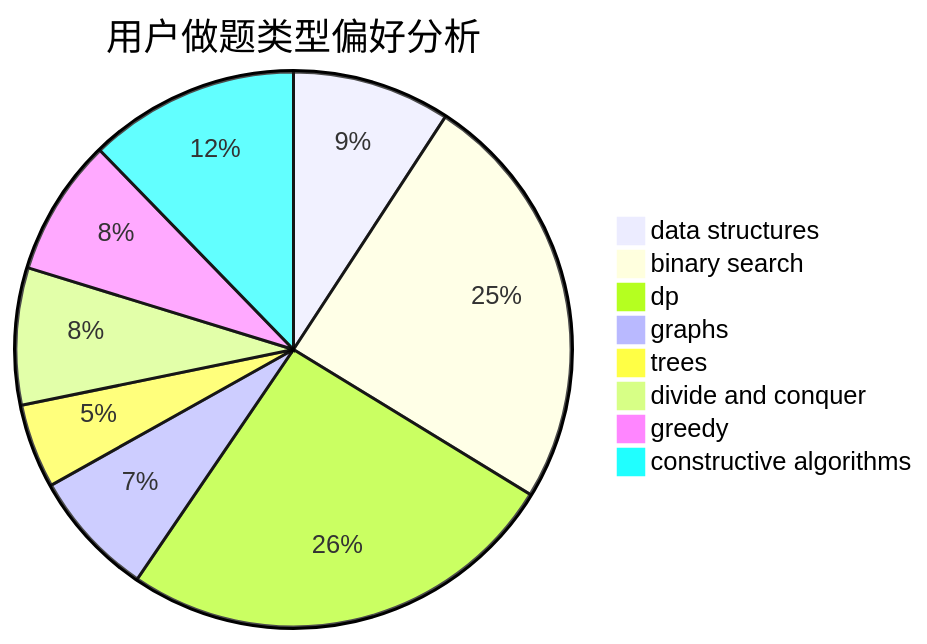
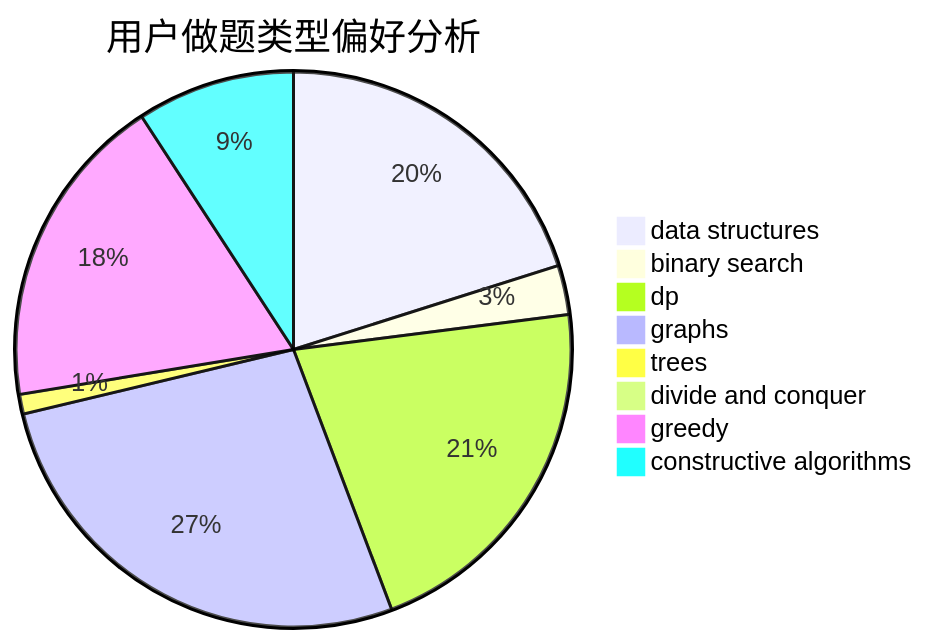
The second of 3 diagrams in docs/user/u1677.md (sherpahu/cfrs.github.io), drawn with Mermaid before and after one commit. The commit also changed other lines of this file and 2770 other files, not shown here.

````diff
--- a/docs/user/u1677.md
+++ b/docs/user/u1677.md
@@ -23,11 +23,11 @@
 ```mermaid
 pie title 用户做题类型偏好分析
-    "data structures" :  15
-    "binary search" :  40
-    "dp" :  42
-    "graphs" :  12
-    "trees" :  8
-    "divide and conquer" :  13
-    "greedy" :  13
-    "constructive algorithms" :  20
+    "data structures" :  35
+    "binary search" :  5
+    "dp" :  37
+    "graphs" :  47
+    "trees" :  2
+    "divide and conquer" :  1
+    "greedy" :  32
+    "constructive algorithms" :  16
 ```
````
